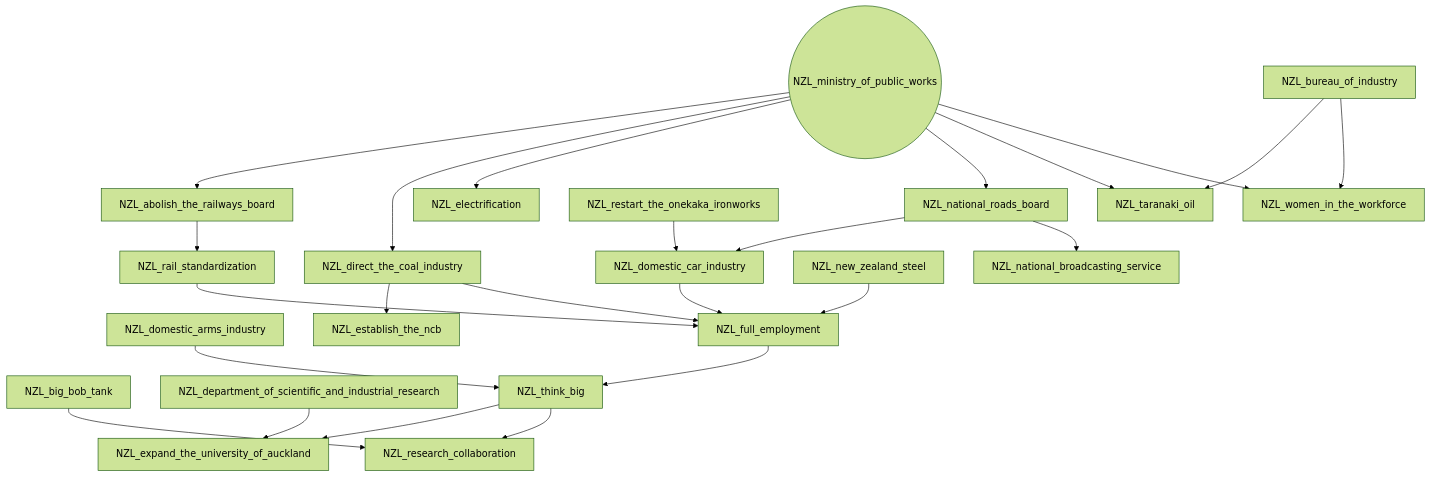
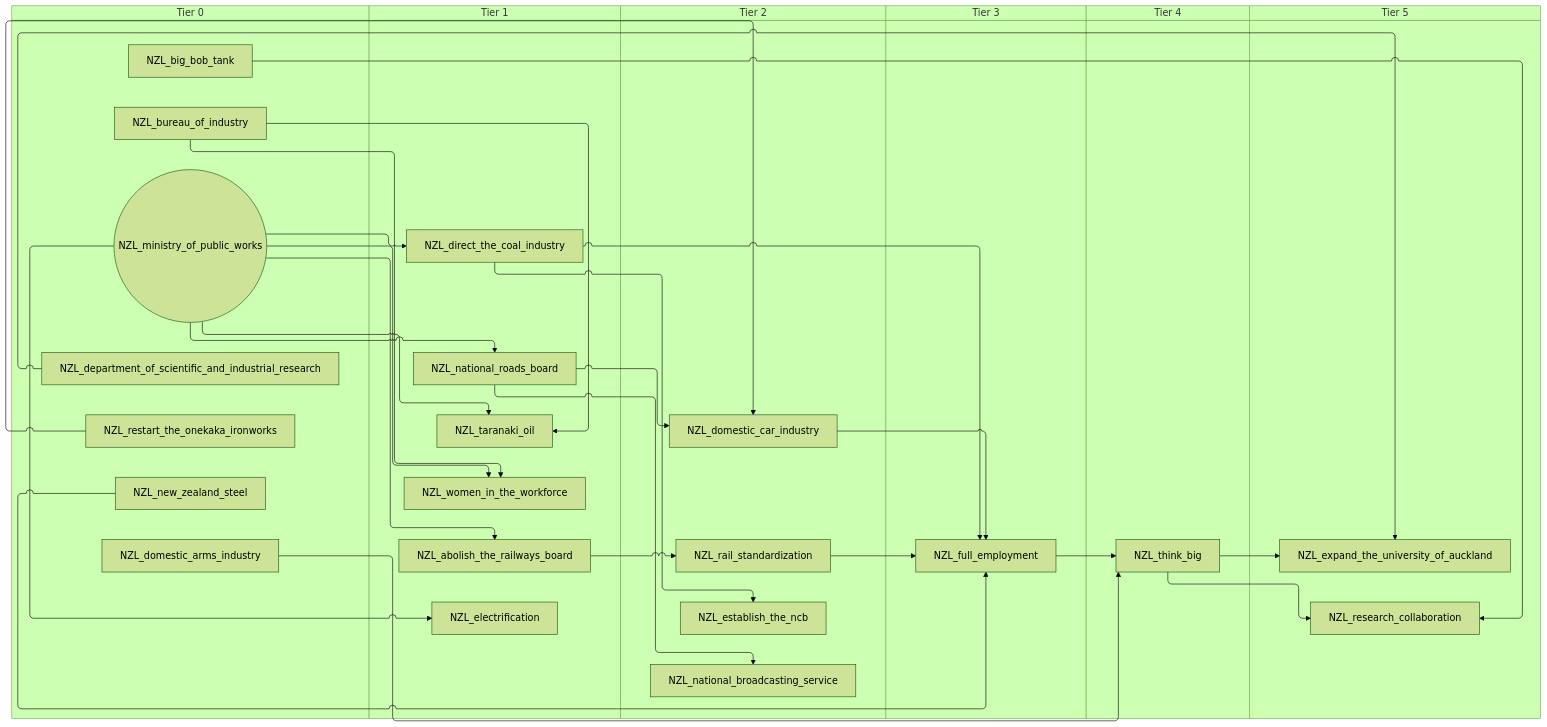
The fourth of 6 diagrams in docs/gdd/National Focuses/new_zealand.md (evgeny-sobol/hoi4-sandbox-mode), drawn with Mermaid (forest theme) before and after one commit. The commit also changed other lines of this file and 80 other files, not shown here.

First line of the commit message:
Add swimlane mode to focus graph exporter

````diff
--- a/docs/gdd/National Focuses/new_zealand.md
+++ b/docs/gdd/National Focuses/new_zealand.md
@@ -126,47 +162,59 @@
 ```mermaid
-flowchart TD
-    n38["NZL_abolish_the_railways_board"]
-    n3["NZL_big_bob_tank"]
-    n14["NZL_bureau_of_industry"]
-    n6["NZL_department_of_scientific_and_industrial_research"]
-    n15["NZL_direct_the_coal_industry"]
-    n7["NZL_domestic_arms_industry"]
-    n16["NZL_domestic_car_industry"]
-    n39["NZL_electrification"]
-    n40["NZL_establish_the_ncb"]
-    n8["NZL_expand_the_university_of_auckland"]
-    n9["NZL_full_employment"]
-    n18(("NZL_ministry_of_public_works"))
-    n41["NZL_national_broadcasting_service"]
-    n21["NZL_national_roads_board"]
-    n22["NZL_new_zealand_steel"]
-    n24["NZL_rail_standardization"]
-    n11["NZL_research_collaboration"]
-    n25["NZL_restart_the_onekaka_ironworks"]
-    n28["NZL_taranaki_oil"]
-    n13["NZL_think_big"]
-    n30["NZL_women_in_the_workforce"]
-    n18 --> n38
-    n18 --> n15
-    n21 --> n16
-    n25 --> n16
-    n18 --> n39
+swimlane-beta TD
+    subgraph tier_0["Tier 0"]
+        n11["NZL_big_bob_tank"]
+        n14["NZL_bureau_of_industry"]
+        n2["NZL_department_of_scientific_and_industrial_research"]
+        n6["NZL_domestic_arms_industry"]
+        n17(("NZL_ministry_of_public_works"))
+        n26["NZL_new_zealand_steel"]
+        n21["NZL_restart_the_onekaka_ironworks"]
+    end
+    subgraph tier_1["Tier 1"]
+        n38["NZL_abolish_the_railways_board"]
+        n15["NZL_direct_the_coal_industry"]
+        n39["NZL_electrification"]
+        n19["NZL_national_roads_board"]
+        n22["NZL_taranaki_oil"]
+        n24["NZL_women_in_the_workforce"]
+    end
+    subgraph tier_2["Tier 2"]
+        n25["NZL_domestic_car_industry"]
+        n40["NZL_establish_the_ncb"]
+        n41["NZL_national_broadcasting_service"]
+        n20["NZL_rail_standardization"]
+    end
+    subgraph tier_3["Tier 3"]
+        n3["NZL_full_employment"]
+    end
+    subgraph tier_4["Tier 4"]
+        n10["NZL_think_big"]
+    end
+    subgraph tier_5["Tier 5"]
+        n12["NZL_expand_the_university_of_auckland"]
+        n13["NZL_research_collaboration"]
+    end
+    n17 --> n38
+    n17 --> n15
+    n19 --> n25
+    n21 --> n25
+    n17 --> n39
     n15 --> n40
-    n13 --> n8
-    n6 --> n8
-    n24 --> n9
-    n15 --> n9
-    n22 --> n9
-    n16 --> n9
-    n21 --> n41
-    n18 --> n21
-    n38 --> n24
-    n3 --> n11
-    n13 --> n11
-    n18 --> n28
-    n14 --> n28
-    n9 --> n13
-    n7 --> n13
-    n18 --> n30
-    n14 --> n30
+    n10 --> n12
+    n2 --> n12
+    n20 --> n3
+    n15 --> n3
+    n26 --> n3
+    n25 --> n3
+    n19 --> n41
+    n17 --> n19
+    n38 --> n20
+    n11 --> n13
+    n10 --> n13
+    n17 --> n22
+    n14 --> n22
+    n3 --> n10
+    n6 --> n10
+    n17 --> n24
+    n14 --> n24
 ```
````
